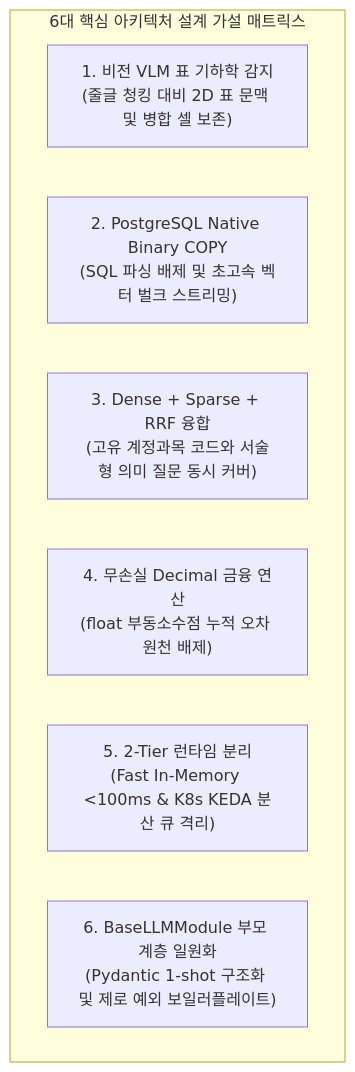
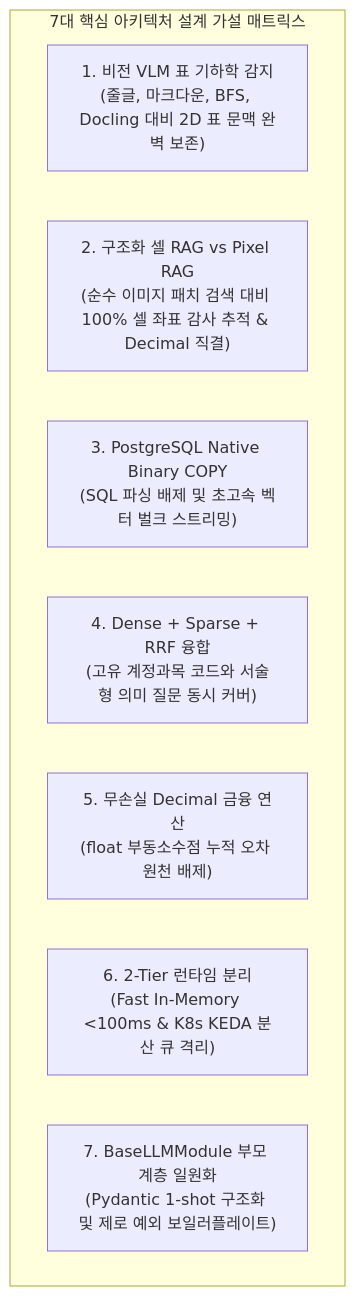
The diagram in docs/00_master_plan_and_standards/BP-003_architecture_decision_and_hypotheses.md (bist-mini-final/bist-mini-final), drawn with Mermaid before and after one commit. The commit also changed other lines of this file, not shown here.

Commit message:
docs: add Hypothesis 2 Pixel RAG vs Structured Cell RAG trade-off analysis to BP-003

````diff
--- a/docs/00_master_plan_and_standards/BP-003_architecture_decision_and_hypotheses.md
+++ b/docs/00_master_plan_and_standards/BP-003_architecture_decision_and_hypotheses.md
@@ -11,11 +11,12 @@
 ```mermaid
 flowchart TD
-    subgraph EngineValidation ["6대 핵심 아키텍처 설계 가설 매트릭스"]
-        H1["1. 비전 VLM 표 기하학 감지\n(줄글 청킹 대비 2D 표 문맥 및 병합 셀 보존)"]
-        H2["2. PostgreSQL Native Binary COPY\n(SQL 파싱 배제 및 초고속 벡터 벌크 스트리밍)"]
-        H3["3. Dense + Sparse + RRF 융합\n(고유 계정과목 코드와 서술형 의미 질문 동시 커버)"]
-        H4["4. 무손실 Decimal 금융 연산\n(float 부동소수점 누적 오차 원천 배제)"]
-        H5["5. 2-Tier 런타임 분리\n(Fast In-Memory <100ms & K8s KEDA 분산 큐 격리)"]
-        H6["6. BaseLLMModule 부모 계층 일원화\n(Pydantic 1-shot 구조화 및 제로 예외 보일러플레이트)"]
+    subgraph EngineValidation ["7대 핵심 아키텍처 설계 가설 매트릭스"]
+        H1["1. 비전 VLM 표 기하학 감지\n(줄글, 마크다운, BFS, Docling 대비 2D 표 문맥 완벽 보존)"]
+        H2["2. 구조화 셀 RAG vs Pixel RAG\n(순수 이미지 패치 검색 대비 100% 셀 좌표 감사 추적 & Decimal 직결)"]
+        H3["3. PostgreSQL Native Binary COPY\n(SQL 파싱 배제 및 초고속 벡터 벌크 스트리밍)"]
+        H4["4. Dense + Sparse + RRF 융합\n(고유 계정과목 코드와 서술형 의미 질문 동시 커버)"]
+        H5["5. 무손실 Decimal 금융 연산\n(float 부동소수점 누적 오차 원천 배제)"]
+        H6["6. 2-Tier 런타임 분리\n(Fast In-Memory <100ms & K8s KEDA 분산 큐 격리)"]
+        H7["7. BaseLLMModule 부모 계층 일원화\n(Pydantic 1-shot 구조화 및 제로 예외 보일러플레이트)"]
     end
 ```
````
